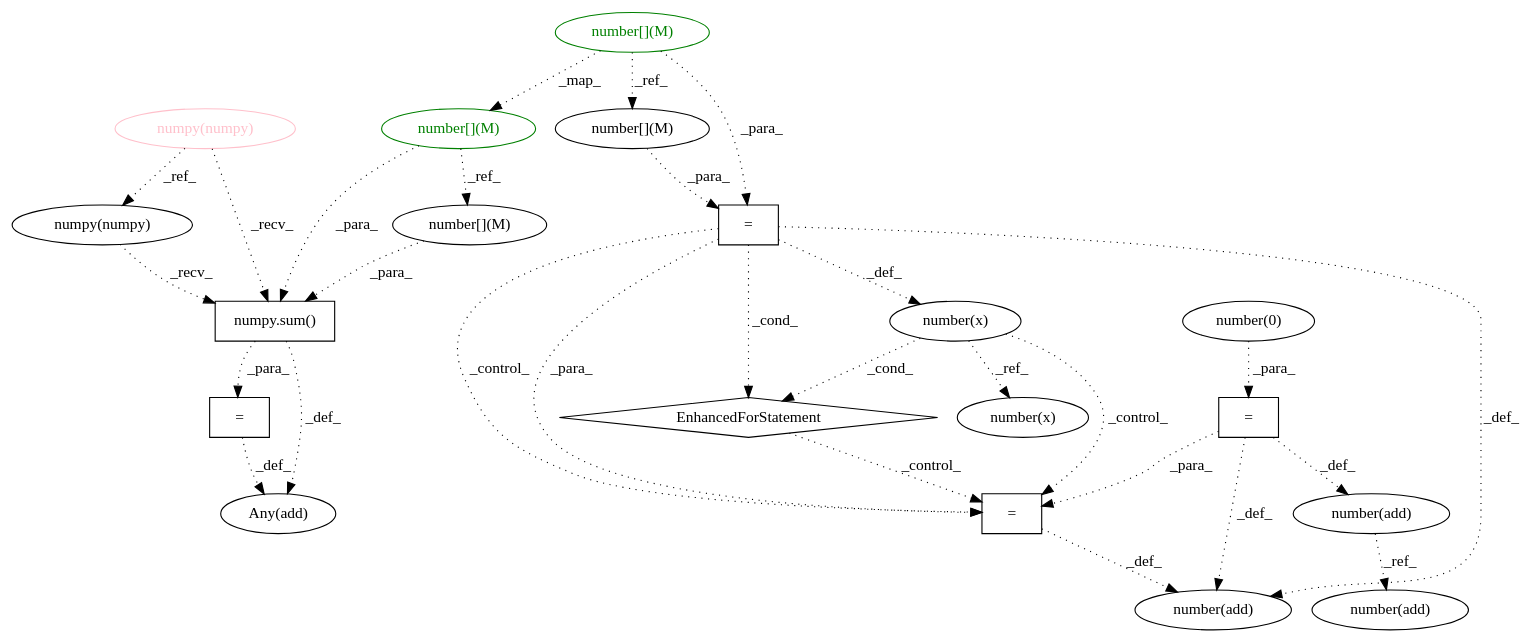
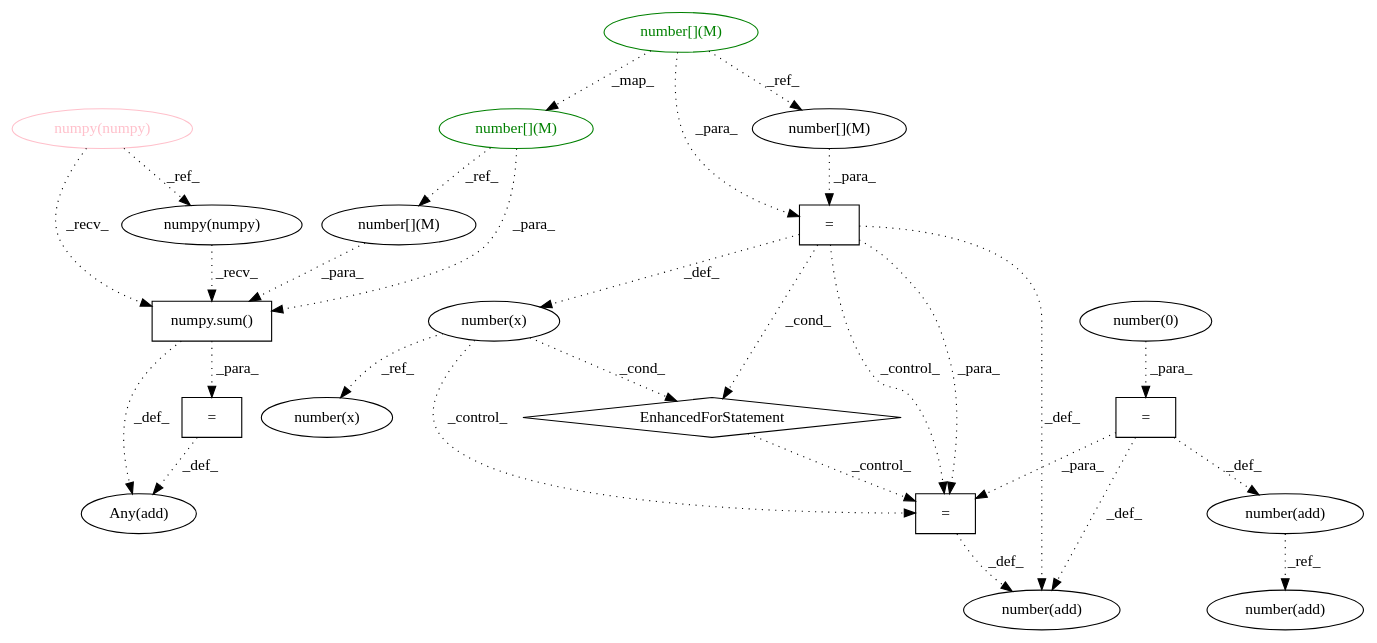
Before and after one commit to maldil/R-CPATMiner: the diagram in AtomicASTChangeMining/OUTPUT/DEBUG/20b30150025b911f5009441c895540df9379ebad___0.dot, drawn with Graphviz. The commit also changed 56 other files, not shown here.

```diff
--- a/AtomicASTChangeMining/OUTPUT/DEBUG/20b30150025b911f5009441c895540df9379ebad___0.dot
+++ b/AtomicASTChangeMining/OUTPUT/DEBUG/20b30150025b911f5009441c895540df9379ebad___0.dot
@@ -1,49 +1,49 @@
 digraph G {
-1 [label="=" shape=box]
-2 [label="EnhancedForStatement" shape=diamond]
-3 [label="=" shape=box]
+1 [label="numpy(numpy)" shape=ellipse]
+2 [label="number(0)" shape=ellipse]
+3 [label="number(add)" shape=ellipse]
 4 [label="number(add)" shape=ellipse]
-5 [label="number[](M)" shape=ellipse]
-6 [label="number(x)" shape=ellipse]
-7 [label="number(add)" shape=ellipse]
-8 [label="numpy(numpy)" shape=ellipse color=pink fontcolor=pink]
-9 [label="=" shape=box]
-10 [label="numpy(numpy)" shape=ellipse]
-11 [label="number[](M)" shape=ellipse color=green fontcolor=green]
-12 [label="=" shape=box]
-13 [label="number(add)" shape=ellipse]
-14 [label="number(x)" shape=ellipse]
-15 [label="number[](M)" shape=ellipse]
-16 [label="numpy.sum()" shape=box]
-17 [label="Any(add)" shape=ellipse]
-18 [label="number[](M)" shape=ellipse color=green fontcolor=green]
-19 [label="number(0)" shape=ellipse]
-16 -> 1 [label="_para_" style=dotted];
-14 -> 2 [label="_cond_" style=dotted];
-3 -> 2 [label="_cond_" style=dotted];
-5 -> 3 [label="_para_" style=dotted];
-18 -> 3 [label="_para_" style=dotted];
-9 -> 4 [label="_def_" style=dotted];
-3 -> 4 [label="_def_" style=dotted];
-12 -> 4 [label="_def_" style=dotted];
-18 -> 5 [label="_ref_" style=dotted];
-14 -> 6 [label="_ref_" style=dotted];
-12 -> 7 [label="_def_" style=dotted];
-2 -> 9 [label="_control_" style=dotted];
-3 -> 9 [label="_para_" style=dotted];
-12 -> 9 [label="_para_" style=dotted];
-14 -> 9 [label="_control_" style=dotted];
-3 -> 9 [label="_control_" style=dotted];
-8 -> 10 [label="_ref_" style=dotted];
-18 -> 11 [label="_map_" style=dotted];
-19 -> 12 [label="_para_" style=dotted];
-7 -> 13 [label="_ref_" style=dotted];
-3 -> 14 [label="_def_" style=dotted];
-11 -> 15 [label="_ref_" style=dotted];
-10 -> 16 [label="_recv_" style=dotted];
-15 -> 16 [label="_para_" style=dotted];
-8 -> 16 [label="_recv_" style=dotted];
-11 -> 16 [label="_para_" style=dotted];
-1 -> 17 [label="_def_" style=dotted];
-16 -> 17 [label="_def_" style=dotted];
+5 [label="number[](M)" shape=ellipse color=green fontcolor=green]
+6 [label="EnhancedForStatement" shape=diamond]
+7 [label="numpy(numpy)" shape=ellipse color=pink fontcolor=pink]
+8 [label="number(x)" shape=ellipse]
+9 [label="number[](M)" shape=ellipse]
+10 [label="=" shape=box]
+11 [label="numpy.sum()" shape=box]
+12 [label="number(x)" shape=ellipse]
+13 [label="=" shape=box]
+14 [label="number[](M)" shape=ellipse]
+15 [label="number[](M)" shape=ellipse color=green fontcolor=green]
+16 [label="Any(add)" shape=ellipse]
+17 [label="=" shape=box]
+18 [label="=" shape=box]
+19 [label="number(add)" shape=ellipse]
+7 -> 1 [label="_ref_" style=dotted];
+13 -> 3 [label="_def_" style=dotted];
+18 -> 3 [label="_def_" style=dotted];
+10 -> 3 [label="_def_" style=dotted];
+19 -> 4 [label="_ref_" style=dotted];
+8 -> 6 [label="_cond_" style=dotted];
+18 -> 6 [label="_cond_" style=dotted];
+18 -> 8 [label="_def_" style=dotted];
+15 -> 9 [label="_ref_" style=dotted];
+2 -> 10 [label="_para_" style=dotted];
+1 -> 11 [label="_recv_" style=dotted];
+9 -> 11 [label="_para_" style=dotted];
+7 -> 11 [label="_recv_" style=dotted];
+15 -> 11 [label="_para_" style=dotted];
+8 -> 12 [label="_ref_" style=dotted];
+6 -> 13 [label="_control_" style=dotted];
+18 -> 13 [label="_para_" style=dotted];
+10 -> 13 [label="_para_" style=dotted];
+8 -> 13 [label="_control_" style=dotted];
+18 -> 13 [label="_control_" style=dotted];
+5 -> 14 [label="_ref_" style=dotted];
+5 -> 15 [label="_map_" style=dotted];
+17 -> 16 [label="_def_" style=dotted];
+11 -> 16 [label="_def_" style=dotted];
+11 -> 17 [label="_para_" style=dotted];
+14 -> 18 [label="_para_" style=dotted];
+5 -> 18 [label="_para_" style=dotted];
+10 -> 19 [label="_def_" style=dotted];
 }
```
